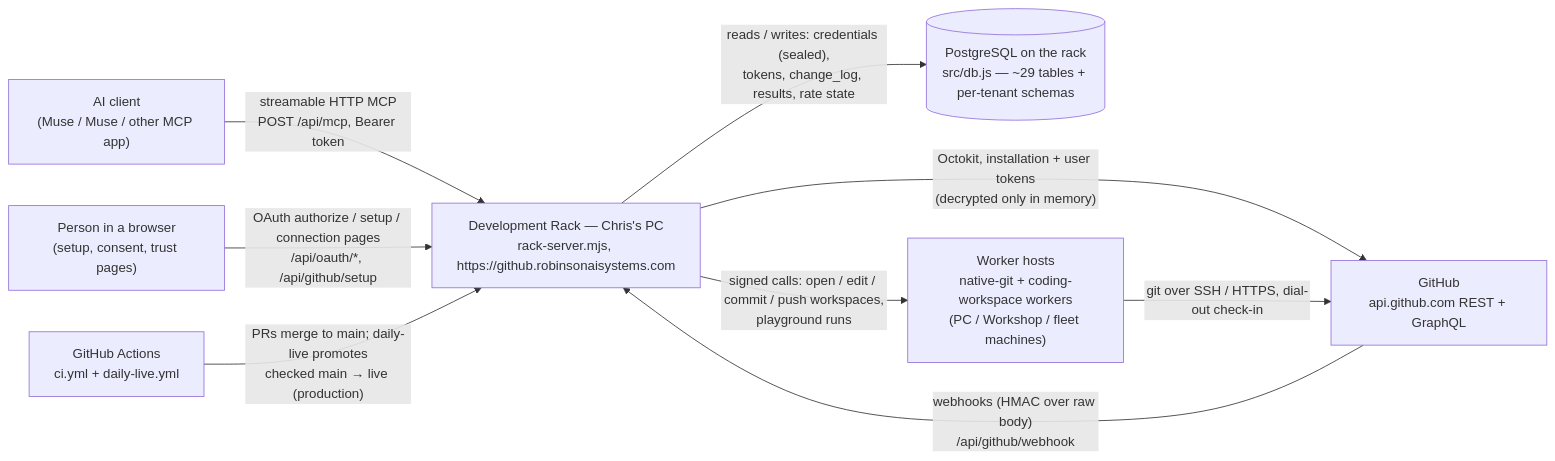
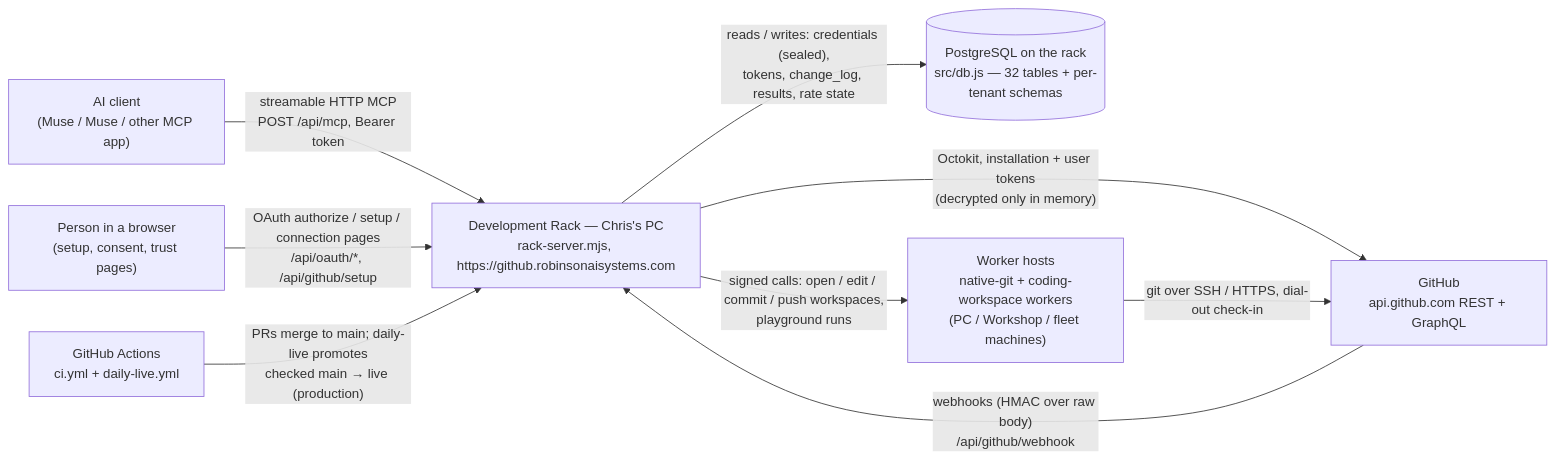
One commit to Robinson-AI-Systems/github-mcp changed the diagram in docs/relational-map/README.md. Above: the diagram before and after it, drawn with Mermaid. The commit also changed other lines of this file and 12 other files, not shown here.

````diff
--- a/docs/relational-map/README.md
+++ b/docs/relational-map/README.md
@@ -17,19 +18,19 @@
 ```mermaid
 flowchart LR
   Client["AI client<br/>(Muse / Muse / other MCP app)"]
   Browser["Person in a browser<br/>(setup, consent, trust pages)"]
   GH["GitHub<br/>api.github.com REST + GraphQL"]
   Rack["Development Rack — Chris's PC<br/>rack-server.mjs, https://github.robinsonaisystems.com"]
-  DB[("PostgreSQL on the rack<br/>src/db.js — ~29 tables + per-tenant schemas")]
+  DB[("PostgreSQL on the rack<br/>src/db.js — 32 tables + per-tenant schemas")]
   Workers["Worker hosts<br/>native-git + coding-workspace workers<br/>(PC / Workshop / fleet machines)"]
   Actions["GitHub Actions<br/>ci.yml + daily-live.yml"]
 
   Client -->|"streamable HTTP MCP<br/>POST /api/mcp, Bearer token"| Rack
   Browser -->|"OAuth authorize / setup / connection pages<br/>/api/oauth/*, /api/github/setup"| Rack
   Rack -->|"Octokit, installation + user tokens<br/>(decrypted only in memory)"| GH
   GH -->|"webhooks (HMAC over raw body)<br/>/api/github/webhook"| Rack
   Rack -->|"reads / writes: credentials (sealed),<br/>tokens, change_log, results, rate state"| DB
   Rack -->|"signed calls: open / edit / commit / push workspaces,<br/>playground runs"| Workers
   Workers -->|"git over SSH / HTTPS, dial-out check-in"| GH
   Actions -->|"PRs merge to main; daily-live promotes<br/>checked main → live (production)"| Rack
 ```
````
